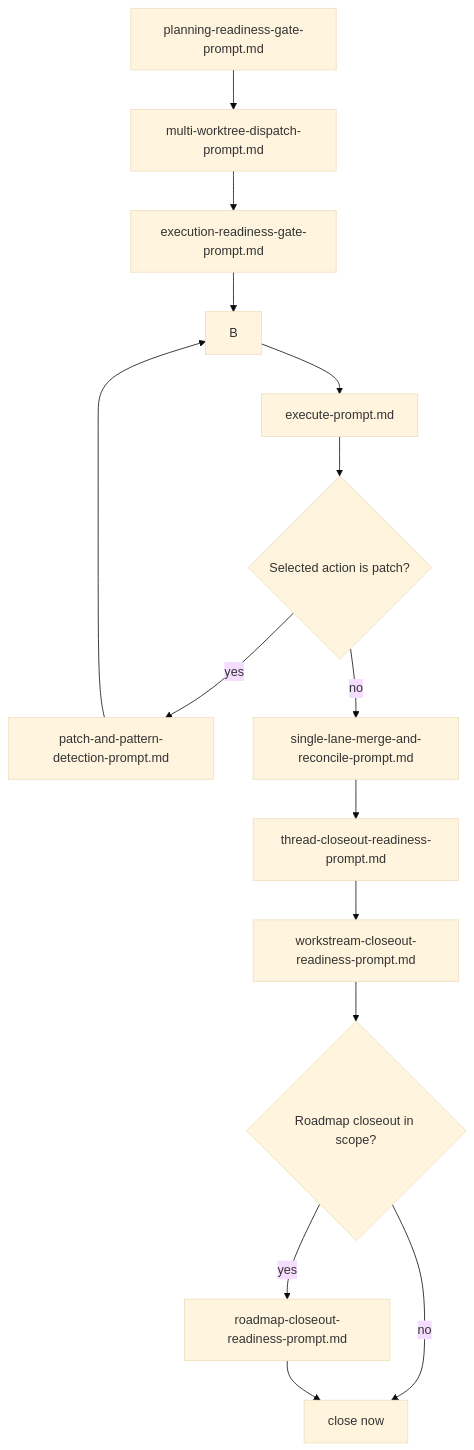
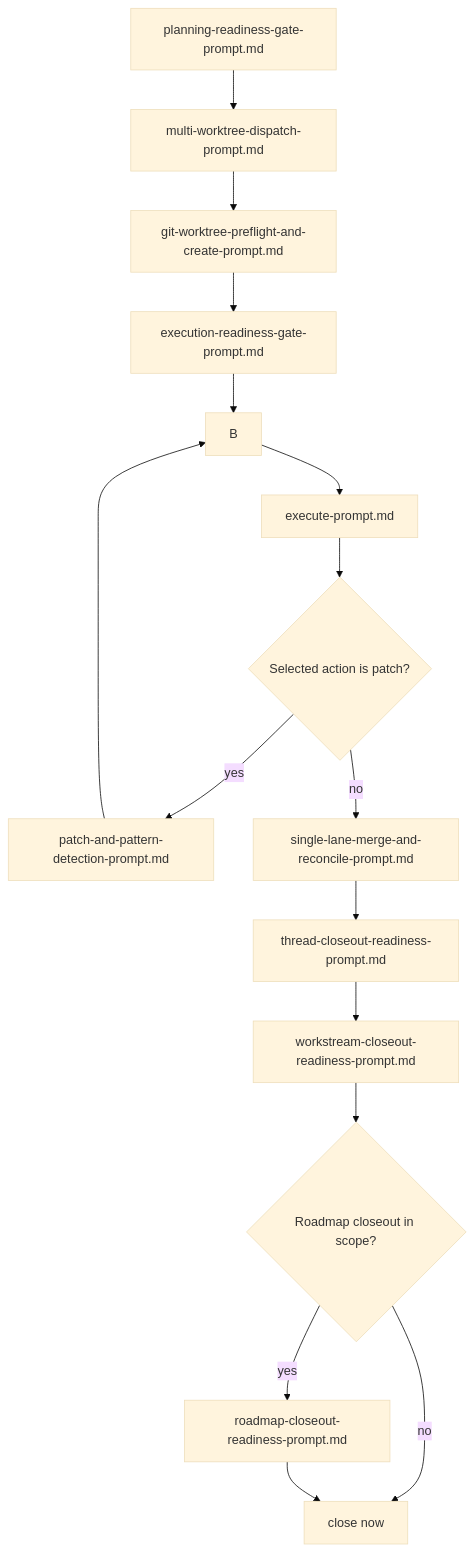
Before and after one commit to longdang193/fitcv: the first of 2 diagrams in docs/operating_system/prompt_templates/README.md, drawn with Mermaid (base theme). The commit also changed other lines of this file and 12 other files, not shown here.

Commit message:
chore: sync publication workflow and worktree prompt updates

````diff
--- a/docs/operating_system/prompt_templates/README.md
+++ b/docs/operating_system/prompt_templates/README.md
@@ -68,17 +69,18 @@
 ```mermaid
 flowchart TD
   P["planning-readiness-gate-prompt.md"] --> A["multi-worktree-dispatch-prompt.md"]
-  A --> R["execution-readiness-gate-prompt.md"]
+  A --> W["git-worktree-preflight-and-create-prompt.md"]
+  W --> R["execution-readiness-gate-prompt.md"]
   R --> B
   B --> C["execute-prompt.md"]
   C --> D{"Selected action is patch?"}
   D -- "yes" --> E["patch-and-pattern-detection-prompt.md"]
   D -- "no" --> F["single-lane-merge-and-reconcile-prompt.md"]
   E --> B
   F --> G["thread-closeout-readiness-prompt.md"]
   G --> H["workstream-closeout-readiness-prompt.md"]
   H --> I{"Roadmap closeout in scope?"}
   I -- "yes" --> J["roadmap-closeout-readiness-prompt.md"]
   I -- "no" --> K["close now"]
   J --> K
 ```
````
